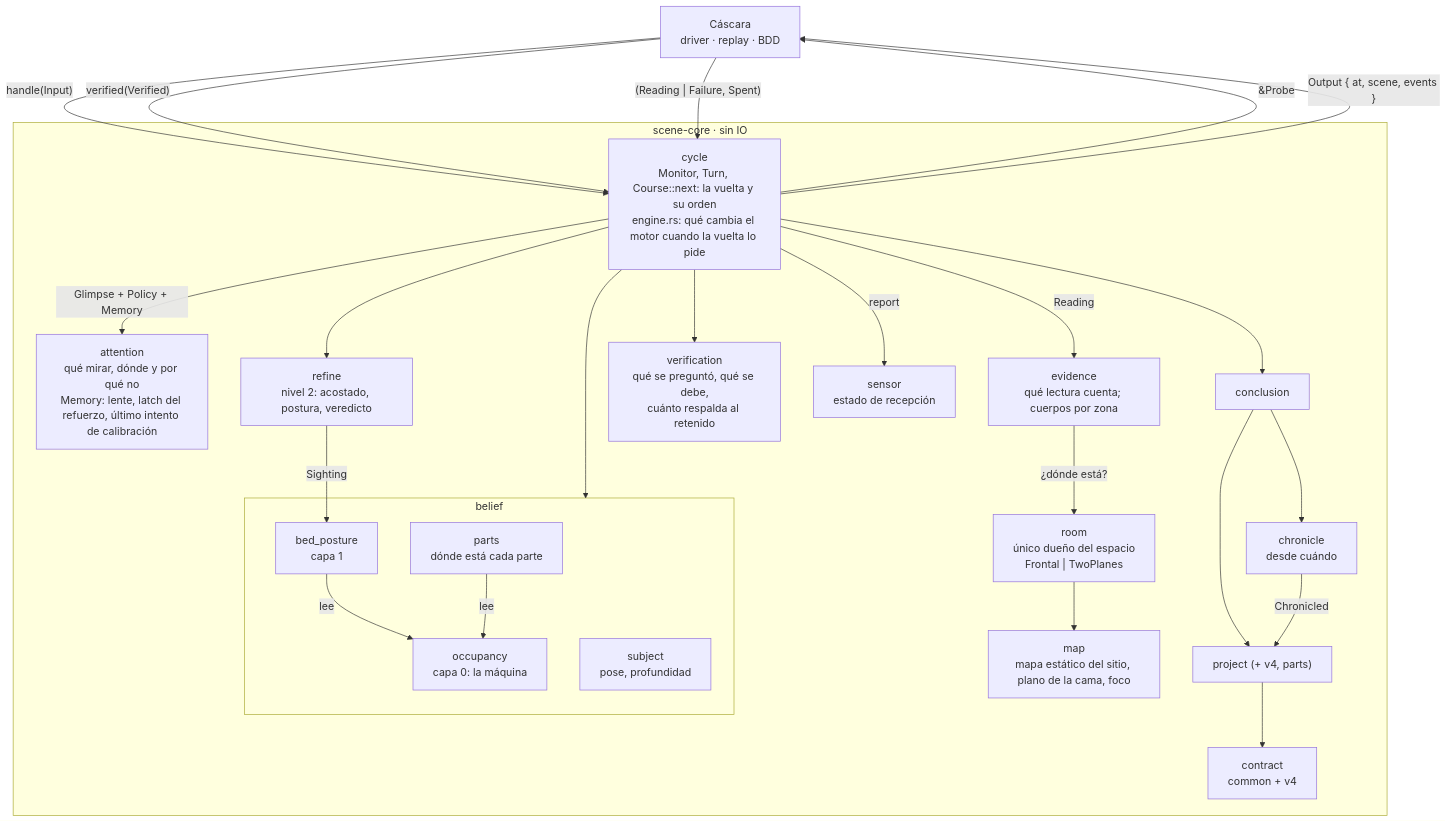
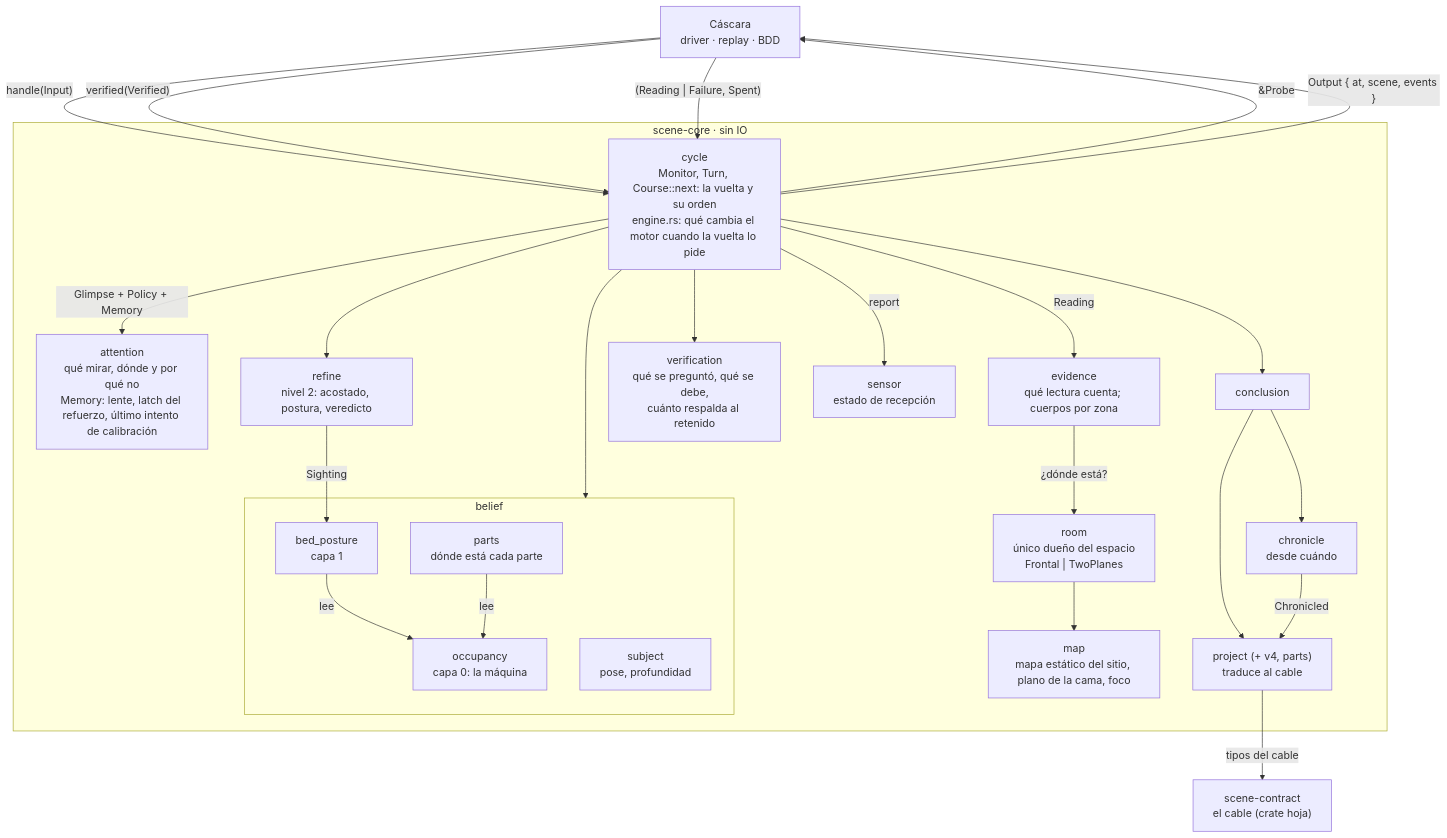
Before and after one commit to e7canasta/calipso-detector: the second of 9 diagrams in arquitectura-c4.md, drawn with Mermaid. The commit also changed other lines of this file and 2 other files, not shown here.

First line of the commit message:
docs(38): los documentos del motor dicen la verdad (W)

````diff
--- a/arquitectura-c4.md
+++ b/arquitectura-c4.md
@@ -89,48 +89,48 @@
 ```mermaid
 flowchart TB
     shell["Cáscara<br/>driver · replay · BDD"]
 
     subgraph core["scene-core · sin IO"]
         cycle["cycle<br/>Monitor, Turn, Course::next: la vuelta y su orden<br/>engine.rs: qué cambia el motor cuando la vuelta lo pide"]
         attention["attention<br/>qué mirar, dónde y por qué no<br/>Memory: lente, latch del refuerzo, último intento de calibración"]
         evidence["evidence<br/>qué lectura cuenta; cuerpos por zona"]
         room["room<br/>único dueño del espacio<br/>Frontal | TwoPlanes"]
         mapm["map<br/>mapa estático del sitio, plano de la cama, foco"]
         subgraph belief["belief"]
             occ["occupancy<br/>capa 0: la máquina"]
             subj["subject<br/>pose, profundidad"]
             parts["parts<br/>dónde está cada parte"]
             bp["bed_posture<br/>capa 1"]
         end
         refine["refine<br/>nivel 2: acostado, postura, veredicto"]
         verification["verification<br/>qué se preguntó, qué se debe,<br/>cuánto respalda al retenido"]
         sensor["sensor<br/>estado de recepción"]
         conclusion["conclusion"]
         chronicle["chronicle<br/>desde cuándo"]
-        project["project (+ v4, parts)"]
-        contract["contract<br/>common + v4"]
+        project["project (+ v4, parts)<br/>traduce al cable"]
     end
+    contract["scene-contract<br/>el cable (crate hoja)"]
 
     shell -->|"handle(Input)"| cycle
     shell -->|"verified(Verified)"| cycle
     cycle -->|"&Probe"| shell
     shell -->|"(Reading | Failure, Spent)"| cycle
     cycle -->|"Output { at, scene, events }"| shell
 
     cycle -->|"Glimpse + Policy + Memory"| attention
     cycle -->|"Reading"| evidence
     evidence -->|"¿dónde está?"| room
     room --> mapm
     cycle --> belief
     bp -->|"lee"| occ
     parts -->|"lee"| occ
     cycle --> refine
     refine -->|"Sighting"| bp
     cycle --> verification
     cycle -->|"report"| sensor
     cycle --> conclusion
     conclusion --> chronicle
     conclusion --> project
     chronicle -->|"Chronicled"| project
-    project --> contract
+    project -->|"tipos del cable"| contract
 ```
````
